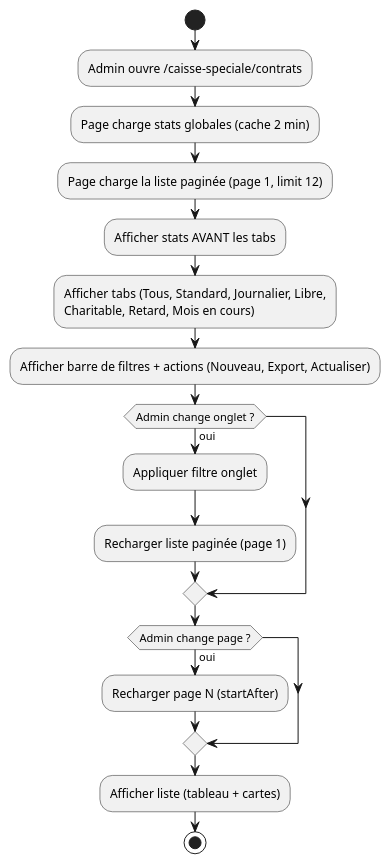
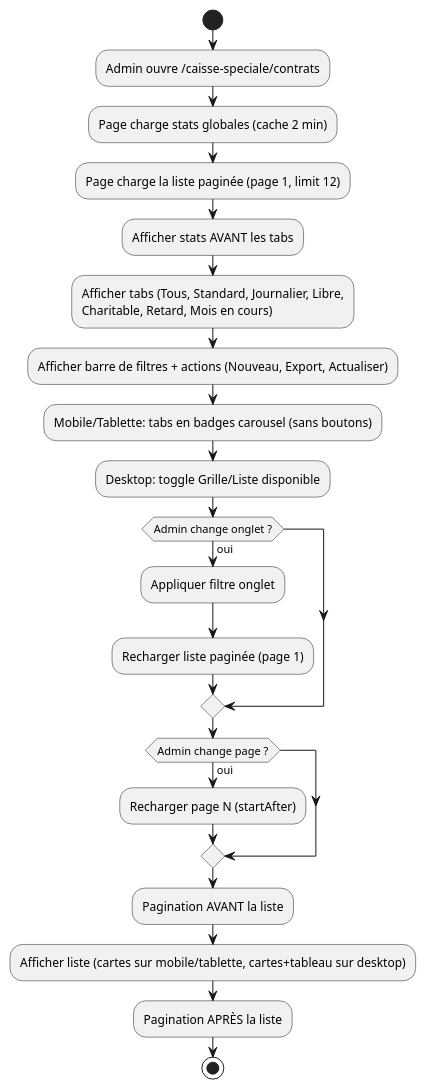
The diagram in documentation/caisse-speciale/V2/contrats/activite/ListerContrats.puml (GlennEriss/kara-client-front), drawn with PlantUML before and after one commit. The commit also changed 22 other files, not shown here.

```diff
--- a/documentation/caisse-speciale/V2/contrats/activite/ListerContrats.puml
+++ b/documentation/caisse-speciale/V2/contrats/activite/ListerContrats.puml
@@ -1,25 +1,29 @@
 @startuml ListerContrats
 'title Workflow : Lister les Contrats Caisse Spéciale (V2)
 
 start
 :Admin ouvre /caisse-speciale/contrats;
 :Page charge stats globales (cache 2 min);
 :Page charge la liste paginée (page 1, limit 12);
 
 :Afficher stats AVANT les tabs;
 :Afficher tabs (Tous, Standard, Journalier, Libre,
 Charitable, Retard, Mois en cours);
 :Afficher barre de filtres + actions (Nouveau, Export, Actualiser);
+:Mobile/Tablette: tabs en badges carousel (sans boutons);
+:Desktop: toggle Grille/Liste disponible;
 
 if (Admin change onglet ?) then (oui)
   :Appliquer filtre onglet;
   :Recharger liste paginée (page 1);
 endif
 
 if (Admin change page ?) then (oui)
   :Recharger page N (startAfter);
 endif
 
-:Afficher liste (tableau + cartes);
+:Pagination AVANT la liste;
+:Afficher liste (cartes sur mobile/tablette, cartes+tableau sur desktop);
+:Pagination APRÈS la liste;
 stop
 @enduml
```
